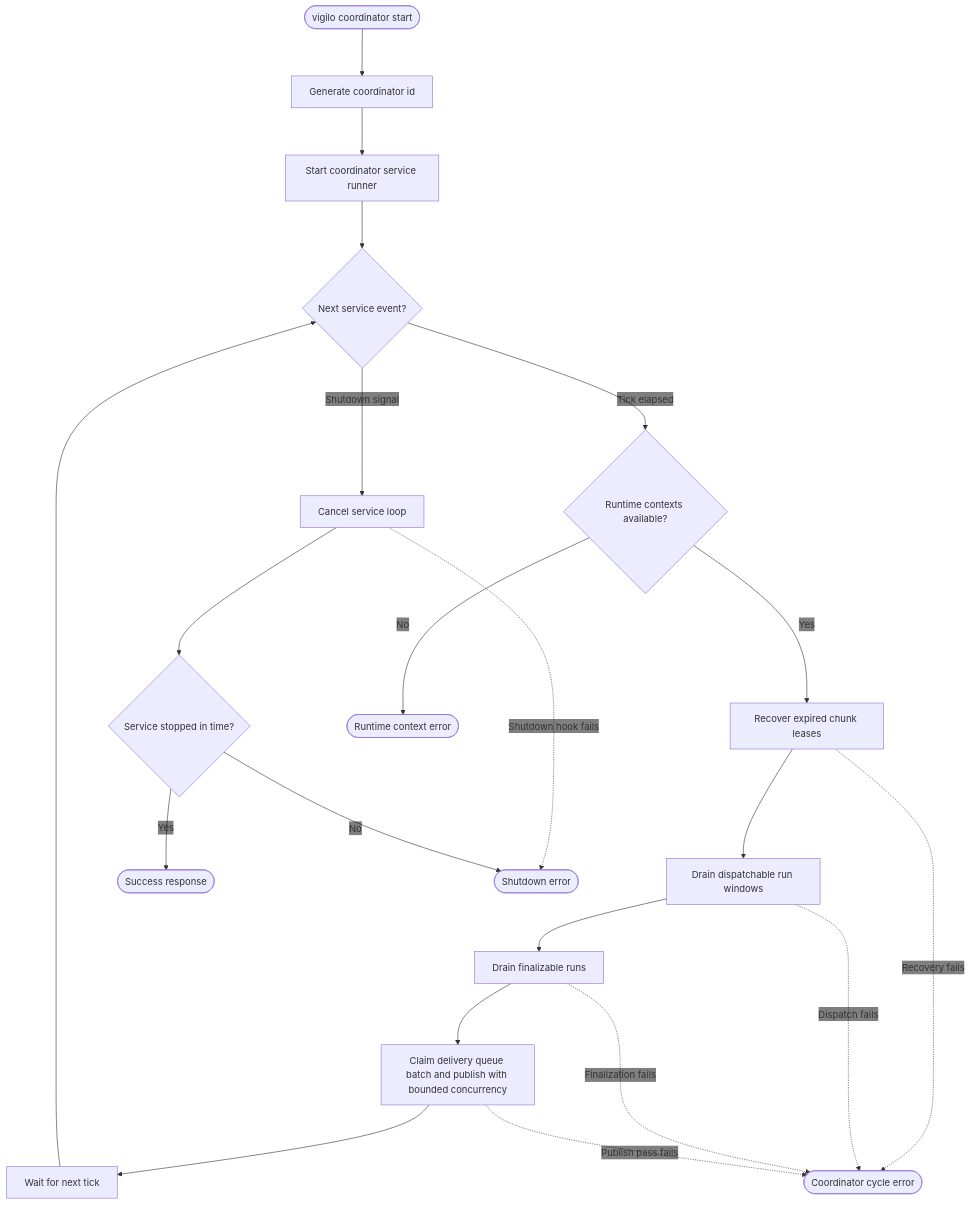
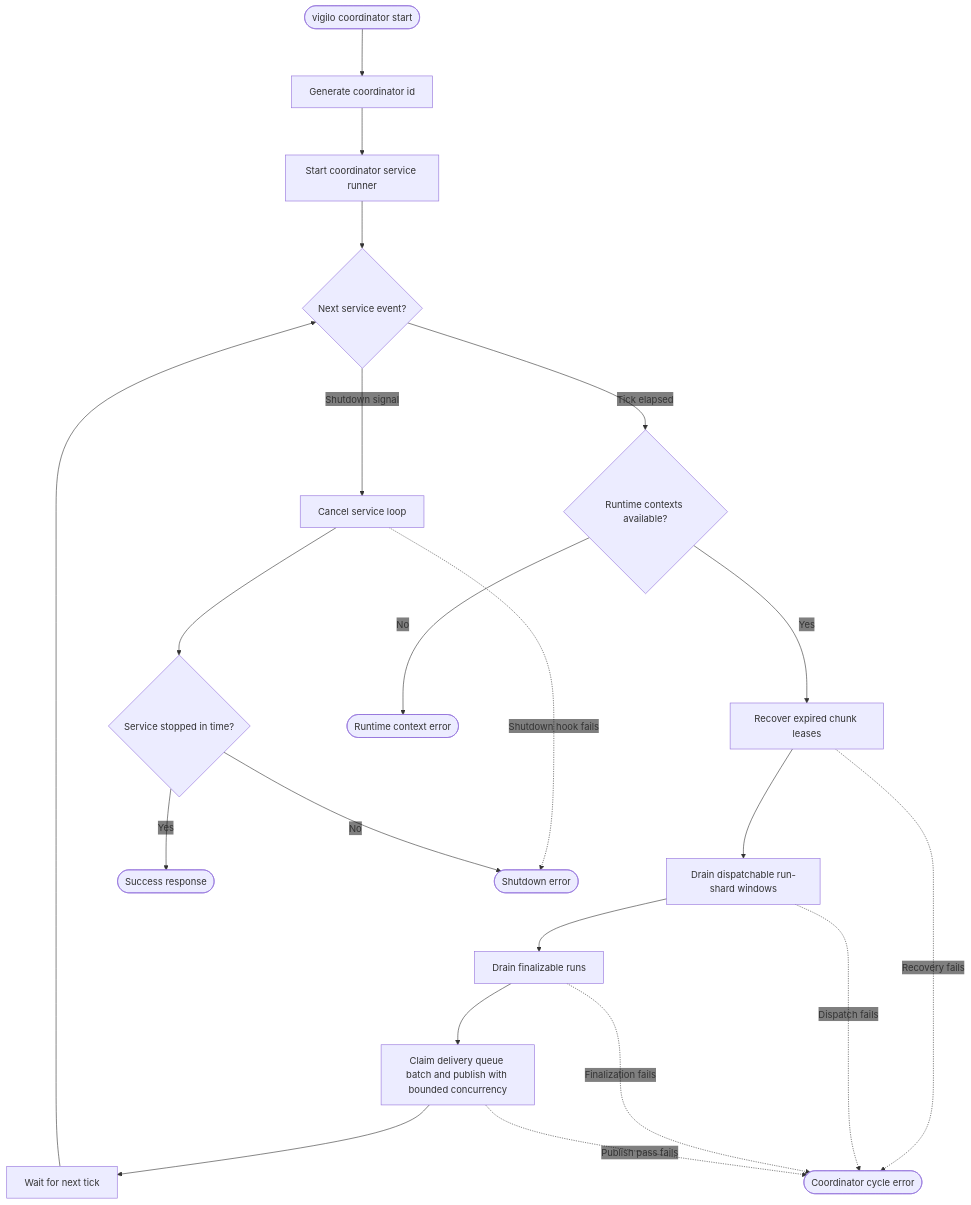
One commit to gregl83/agent-vigilo changed the diagram in web/docs/architecture/flows/coordinator/start/decision-flow.mmd. Above: the diagram before and after it, drawn with Mermaid. The commit also changed 28 other files, not shown here.

```diff
--- a/web/docs/architecture/flows/coordinator/start/decision-flow.mmd
+++ b/web/docs/architecture/flows/coordinator/start/decision-flow.mmd
@@ -1,63 +1,63 @@
 ---
 config:
   flowchart:
     nodeSpacing: 150
     rankSpacing: 80
   themeVariables:
     edgeLabelBackground: 'transparent'
 ---
 flowchart TD
     Start([vigilo coordinator start])
 
     CoordinatorId[Generate coordinator id]
     Runner[Start coordinator service runner]
     Event{Next service event?}
     Contexts{Runtime contexts available?}
     Recover[Recover expired chunk leases]
-    Dispatch[Drain dispatchable run windows]
+    Dispatch[Drain dispatchable run-shard windows]
     Finalize[Drain finalizable runs]
     Outbox[Claim delivery queue batch and publish with bounded concurrency]
     Wait[Wait for next tick]
     Shutdown[Cancel service loop]
     Stop{Service stopped in time?}
 
     Success([Success response])
 
     ContextFail([Runtime context error])
     CycleFail([Coordinator cycle error])
     ShutdownFail([Shutdown error])
 
     Start --> CoordinatorId
     CoordinatorId --> Runner
     Runner --> Event
 
     Event -- Tick elapsed --> Contexts
     Event -- Shutdown signal --> Shutdown
 
     Contexts -- No --> ContextFail
     Contexts -- Yes --> Recover
 
     Recover --> Dispatch
     Recover -. Recovery fails .-> CycleFail
 
     Dispatch --> Finalize
     Dispatch -. Dispatch fails .-> CycleFail
 
     Finalize --> Outbox
     Finalize -. Finalization fails .-> CycleFail
 
     Outbox --> Wait
     Outbox -. Publish pass fails .-> CycleFail
 
     Wait --> Event
 
     Shutdown --> Stop
     Shutdown -. Shutdown hook fails .-> ShutdownFail
 
     Stop -- Yes --> Success
     Stop -- No --> ShutdownFail
 
     class Start command
     class Success success
     class CoordinatorId,Runner,Event,Contexts,Recover,Dispatch,Finalize,Outbox,Wait,Shutdown,Stop system
     class ContextFail,CycleFail,ShutdownFail error
```
